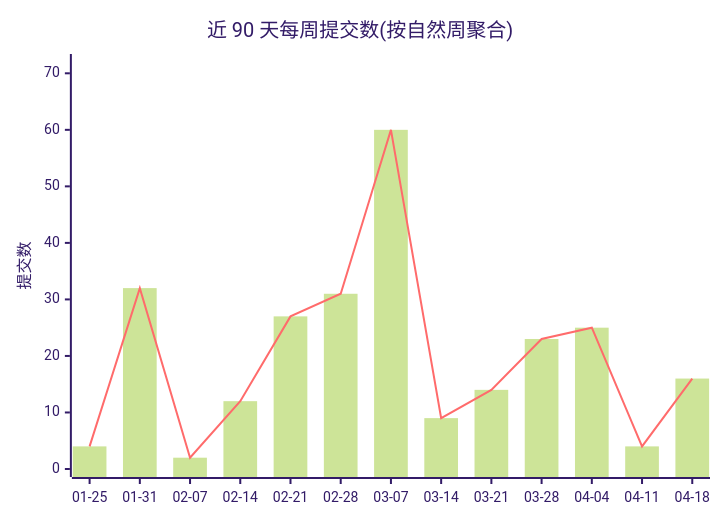
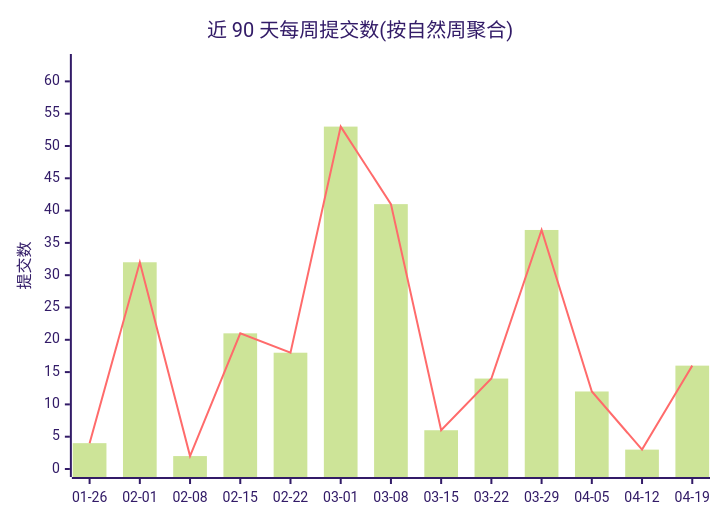
Before and after one commit to Conflux-Union/.github: the first of 2 diagrams in profile/README.md, drawn with Mermaid (forest theme). The commit also changed other lines of this file and 1 other file, not shown here.

Commit message:
chore(stats): refresh org commit stats

````diff
--- a/profile/README.md
+++ b/profile/README.md
@@ -44,8 +44,8 @@
 ```mermaid
 xychart-beta
     title "近 90 天每周提交数(按自然周聚合)"
-    x-axis ["01-25", "01-31", "02-07", "02-14", "02-21", "02-28", "03-07", "03-14", "03-21", "03-28", "04-04", "04-11", "04-18"]
-    y-axis "提交数" 0 --> 72
-    bar [4, 32, 2, 12, 27, 31, 60, 9, 14, 23, 25, 4, 16]
-    line [4, 32, 2, 12, 27, 31, 60, 9, 14, 23, 25, 4, 16]
+    x-axis ["01-26", "02-01", "02-08", "02-15", "02-22", "03-01", "03-08", "03-15", "03-22", "03-29", "04-05", "04-12", "04-19"]
+    y-axis "提交数" 0 --> 63
+    bar [4, 32, 2, 21, 18, 53, 41, 6, 14, 37, 12, 3, 16]
+    line [4, 32, 2, 21, 18, 53, 41, 6, 14, 37, 12, 3, 16]
 ```
````
